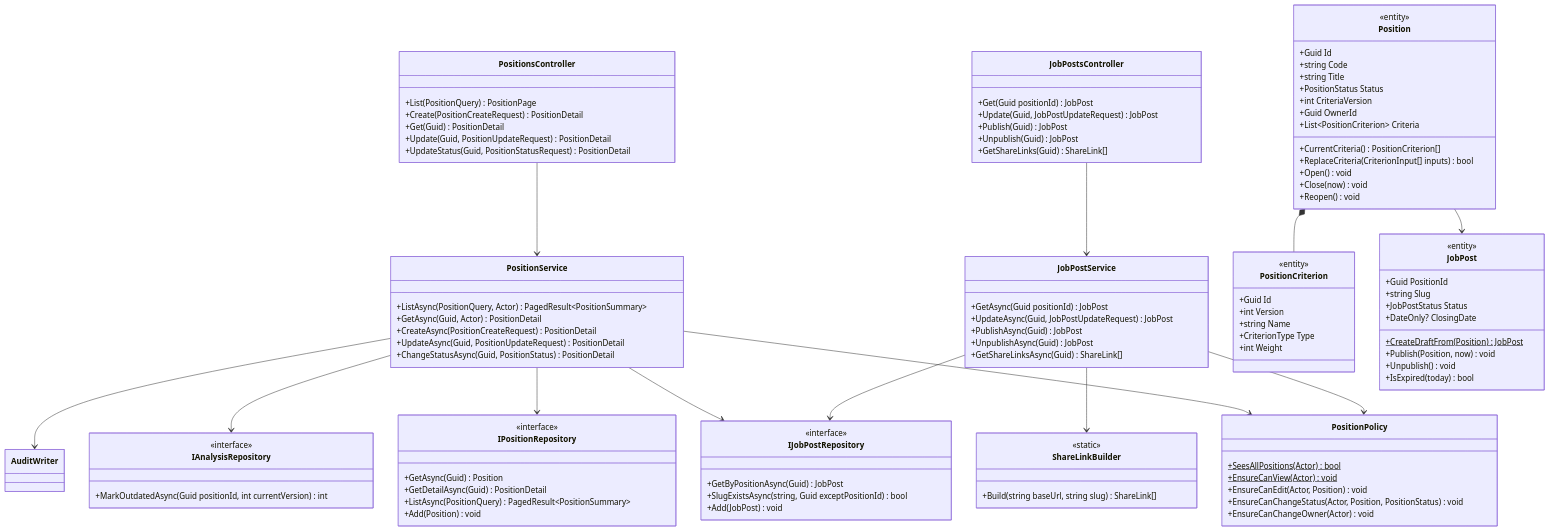
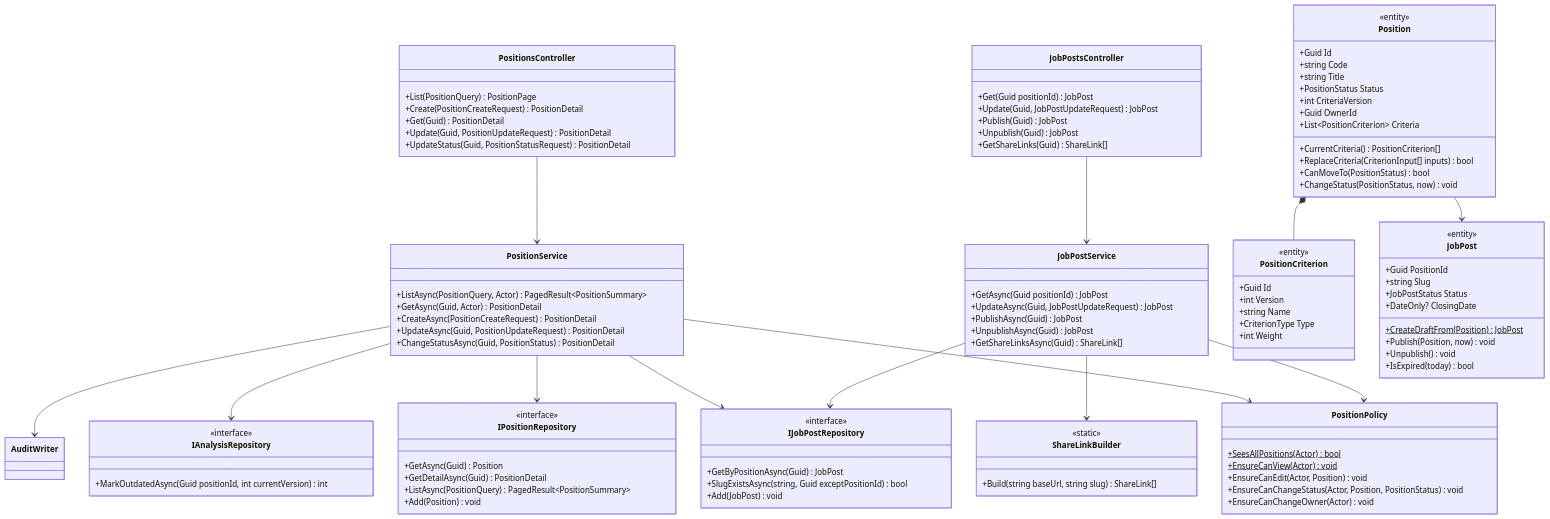
Before and after one commit to duongk18FPTU/recruitment-ats: the third of 12 diagrams in docs/10-class-design.md, drawn with Mermaid. The commit also changed other lines of this file and 20 other files, not shown here.

First line of the commit message:
Add US07 close / reopen position: state rules, owner opens drafts, confirmations

```diff
--- a/docs/10-class-design.md
+++ b/docs/10-class-design.md
@@ -285,9 +285,8 @@
         +List~PositionCriterion~ Criteria
         +CurrentCriteria() PositionCriterion[]
         +ReplaceCriteria(CriterionInput[] inputs) bool
-        +Open() void
-        +Close(now) void
-        +Reopen() void
+        +CanMoveTo(PositionStatus) bool
+        +ChangeStatus(PositionStatus, now) void
     }
     class PositionCriterion {
         <<entity>>
```
